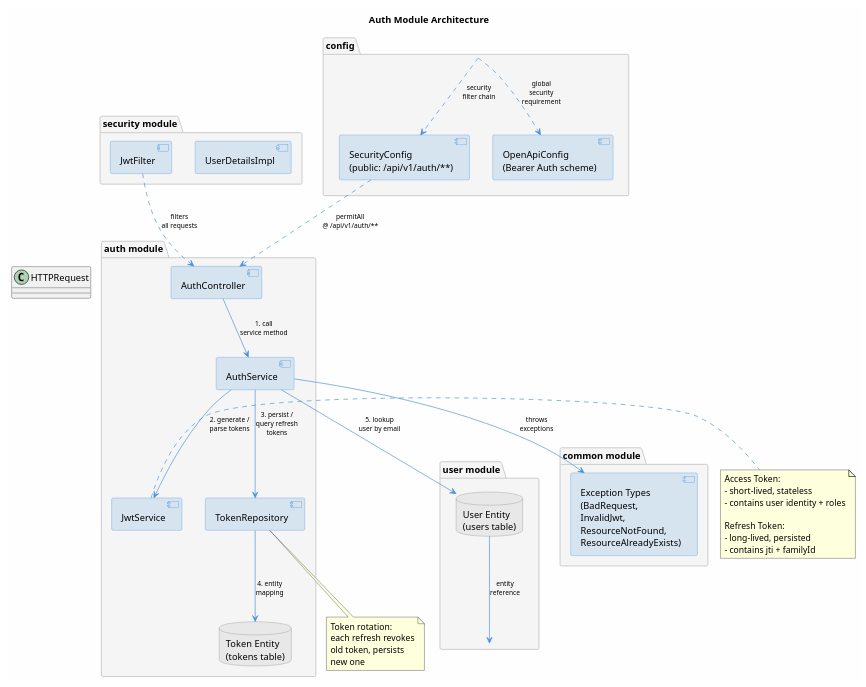
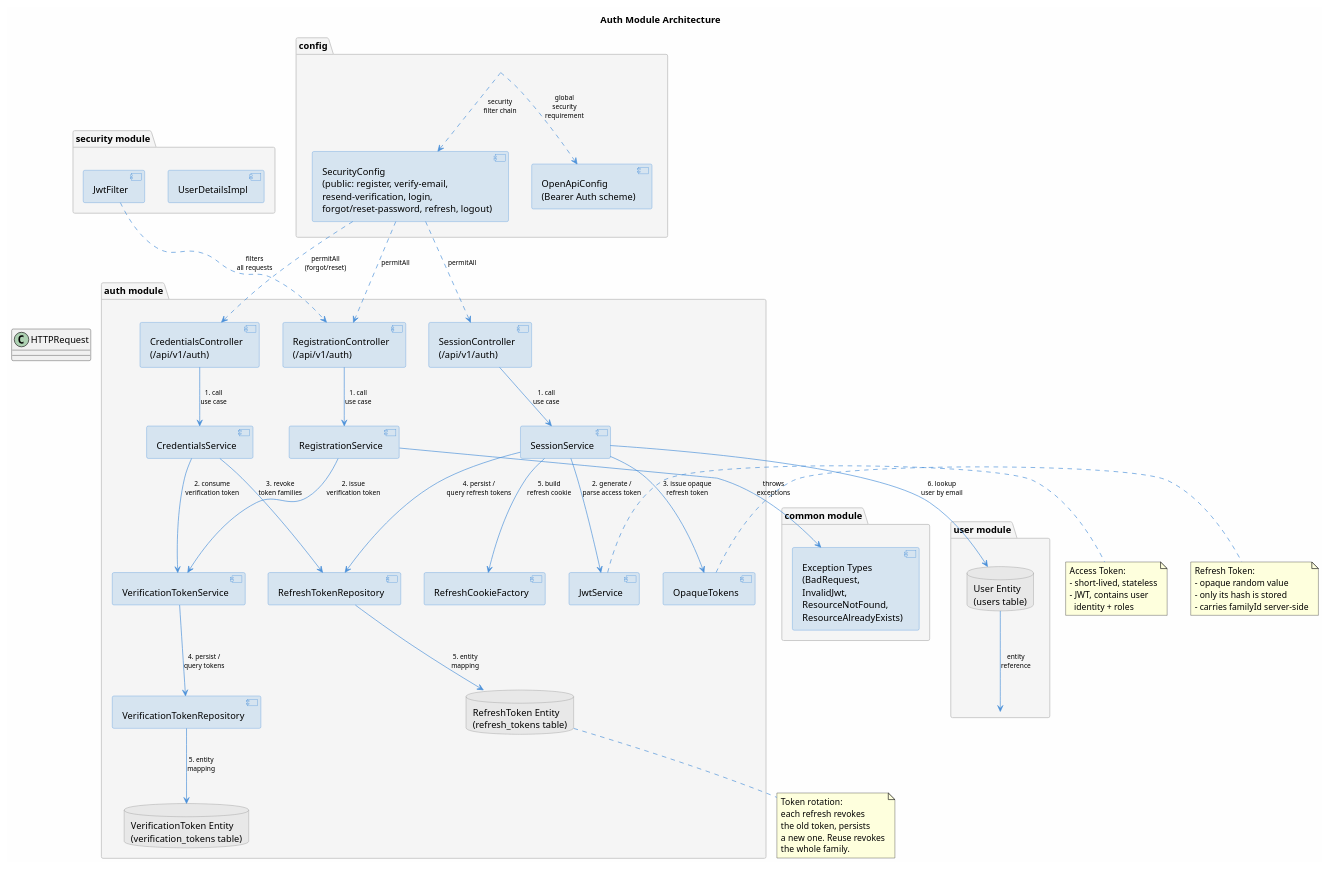
One commit to genesshoan/fitness-tracker-api changed the diagram in docs/auth/auth-architecture.puml. Above: the diagram before and after it, drawn with PlantUML. The commit also changed 26 other files, not shown here.

First line of the commit message:
docs: sync api and architecture documentation with the implementation

```diff
--- a/docs/auth/auth-architecture.puml
+++ b/docs/auth/auth-architecture.puml
@@ -1,104 +1,150 @@
 @startuml auth-architecture
 
 title Auth Module Architecture
 
 skinparam componentStyle uml2
 skinparam backgroundColor #FEFEFE
 skinparam component {
     BackgroundColor #D6E4F0
     BorderColor #4A90D9
 }
 skinparam database {
     BackgroundColor #E8E8E8
     BorderColor #888888
 }
 skinparam node {
     BackgroundColor #F0F0F0
     BorderColor #AAAAAA
 }
 skinparam package {
     BackgroundColor #F5F5F5
     BorderColor #CCCCCC
 }
 
 package "auth module" as authmod {
 
-    component "AuthController" as ctrl {
+    component "RegistrationController\n(/api/v1/auth)" as regctrl {
     }
 
-    component "AuthService" as svc {
+    component "SessionController\n(/api/v1/auth)" as sessctrl {
+    }
+
+    component "CredentialsController\n(/api/v1/auth)" as credctrl {
+    }
+
+    component "RegistrationService" as regsvc {
+    }
+
+    component "SessionService" as sesssvc {
+    }
+
+    component "CredentialsService" as credsvc {
+    }
+
+    component "VerificationTokenService" as verifsvc {
     }
 
     component "JwtService" as jwt {
     }
 
-    component "TokenRepository" as repo {
+    component "OpaqueTokens" as opaque {
     }
 
-    database "Token Entity\n(tokens table)" as token {
+    component "RefreshTokenRepository" as rtrepo {
+    }
+
+    component "VerificationTokenRepository" as vtrepo {
+    }
+
+    component "RefreshCookieFactory" as cookie {
+    }
+
+    database "RefreshToken Entity\n(refresh_tokens table)" as rt {
+    }
+
+    database "VerificationToken Entity\n(verification_tokens table)" as vt {
     }
 }
 
 package "user module" as usermod {
     database "User Entity\n(users table)" as user {
     }
 }
 
 package "security module" as secmod {
     component "UserDetailsImpl" as udi {
     }
 
     component "JwtFilter" as jf {
     }
 }
 
 package "common module" as commod {
     component "Exception Types\n(BadRequest,\nInvalidJwt,\nResourceNotFound,\nResourceAlreadyExists)" as exc {
     }
 }
 
 package "config" as cfg {
-    component "SecurityConfig\n(public: /api/v1/auth/**)" as sc {
+    component "SecurityConfig\n(public: register, verify-email,\nresend-verification, login,\nforgot/reset-password, refresh, logout)" as sc {
     }
 
     component "OpenApiConfig\n(Bearer Auth scheme)" as oc {
     }
 }
 
 skinparam arrowColor #4A90D9
 skinparam arrowFontSize 10
 
-HTTPRequest -[hidden]> ctrl : HTTP\nRequest
+HTTPRequest -[hidden]> regctrl : HTTP\nRequest
+HTTPRequest -[hidden]> sessctrl : HTTP\nRequest
+HTTPRequest -[hidden]> credctrl : HTTP\nRequest
 
-sc ..> ctrl : permitAll\n@ /api/v1/auth/**
-jf ..> ctrl : filters\nall requests
+sc ..> regctrl : permitAll
+sc ..> sessctrl : permitAll
+sc ..> credctrl : permitAll\n(forgot/reset)
+jf ..> regctrl : filters\nall requests
 
-ctrl --> svc : 1. call\nservice method
-svc --> jwt : 2. generate /\nparse tokens
-svc --> repo : 3. persist /\nquery refresh\ntokens
-repo --> token : 4. entity\nmapping
-svc --> user : 5. lookup\nuser by email
+regctrl --> regsvc : 1. call\nuse case
+sessctrl --> sesssvc : 1. call\nuse case
+credctrl --> credsvc : 1. call\nuse case
+
+regsvc --> verifsvc : 2. issue\nverification token
+sesssvc --> jwt : 2. generate /\nparse access token
+sesssvc --> opaque : 3. issue opaque\nrefresh token
+sesssvc --> rtrepo : 4. persist /\nquery refresh tokens
+sesssvc --> cookie : 5. build\nrefresh cookie
+credsvc --> verifsvc : 2. consume\nverification token
+credsvc --> rtrepo : 3. revoke\ntoken families
+verifsvc --> vtrepo : 4. persist /\nquery tokens
+rtrepo --> rt : 5. entity\nmapping
+vtrepo --> vt : 5. entity\nmapping
+sesssvc --> user : 6. lookup\nuser by email
 user --> usermod : entity\nreference
-svc --> exc : throws\nexceptions
+regsvc --> exc : throws\nexceptions
 
 cfg ..> sc : security\nfilter chain
 cfg ..> oc : global\nsecurity\nrequirement
 
 note right of jwt
   Access Token:
   - short-lived, stateless
-  - contains user identity + roles
-
-  Refresh Token:
-  - long-lived, persisted
-  - contains jti + familyId
+  - JWT, contains user
+    identity + roles
 end note
 
-note bottom of repo
+note right of opaque
+  Refresh Token:
+  - opaque random value
+  - only its hash is stored
+  - carries familyId server-side
+end note
+
+note bottom of rt
   Token rotation:
   each refresh revokes
-  old token, persists
-  new one
+  the old token, persists
+  a new one. Reuse revokes
+  the whole family.
 end note
 
 @enduml
```
